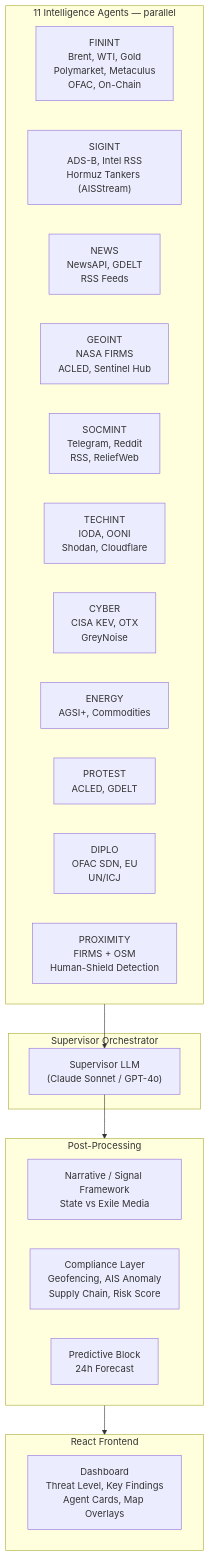
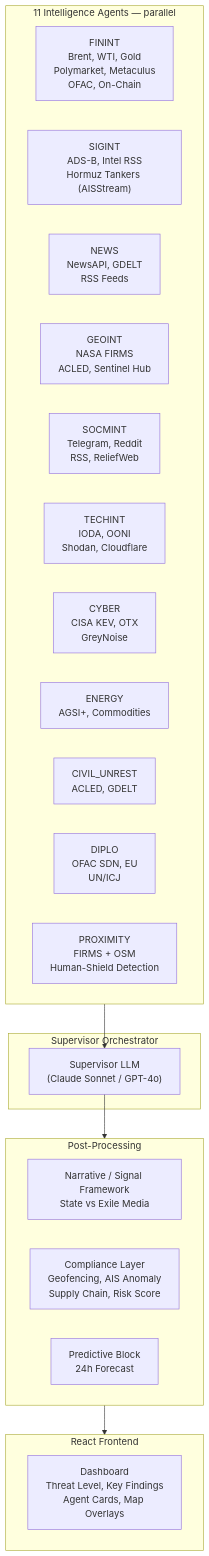
Before and after one commit to lina767/digital-war-room: the diagram in docs/social-assets/one-pager.md, drawn with Mermaid. The commit also changed other lines of this file and 50 other files, not shown here.

````diff
--- a/docs/social-assets/one-pager.md
+++ b/docs/social-assets/one-pager.md
@@ -47,34 +47,34 @@
 ```mermaid
 flowchart TB
   subgraph orchestrator [Supervisor Orchestrator]
     SUP["Supervisor LLM\n(Claude Sonnet / GPT-4o)"]
   end
 
   subgraph agents [11 Intelligence Agents — parallel]
     FININT["FININT\nBrent, WTI, Gold\nPolymarket, Metaculus\nOFAC, On-Chain"]
     SIGINT["SIGINT\nADS-B, Intel RSS\nHormuz Tankers (AISStream)"]
     NEWS["NEWS\nNewsAPI, GDELT\nRSS Feeds"]
     GEOINT["GEOINT\nNASA FIRMS\nACLED, Sentinel Hub"]
     SOCMINT["SOCMINT\nTelegram, Reddit\nRSS, ReliefWeb"]
     TECHINT["TECHINT\nIODA, OONI\nShodan, Cloudflare"]
     CYBER["CYBER\nCISA KEV, OTX\nGreyNoise"]
     ENERGY["ENERGY\nAGSI+, Commodities"]
-    PROTEST["PROTEST\nACLED, GDELT"]
+    CIVIL_UNREST["CIVIL_UNREST\nACLED, GDELT"]
     DIPLO["DIPLO\nOFAC SDN, EU\nUN/ICJ"]
     PROX["PROXIMITY\nFIRMS + OSM\nHuman-Shield Detection"]
   end
 
   subgraph postprocess [Post-Processing]
     NARR["Narrative / Signal Framework\nState vs Exile Media"]
     COMP["Compliance Layer\nGeofencing, AIS Anomaly\nSupply Chain, Risk Score"]
     PRED["Predictive Block\n24h Forecast"]
   end
 
   subgraph frontend [React Frontend]
     DASH["Dashboard\nThreat Level, Key Findings\nAgent Cards, Map Overlays"]
   end
 
   agents --> SUP
   SUP --> postprocess
   postprocess --> frontend
 ```
````
